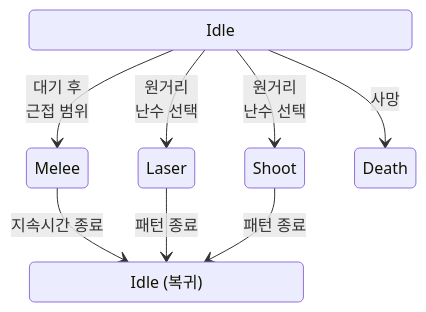
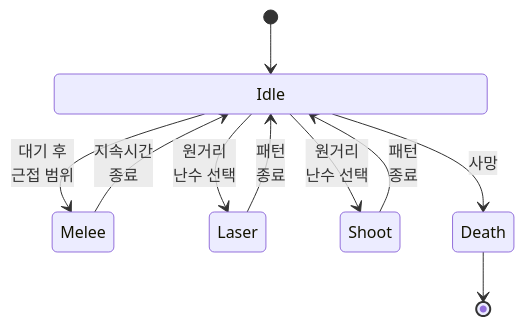
Before and after one commit to keeeery/portfolio: the seventh of 10 diagrams in src/3-Arcanist/TechDoc_Arcanist.md, drawn with Mermaid. The commit also changed other lines of this file and 19 other files, not shown here.

````diff
--- a/src/3-Arcanist/TechDoc_Arcanist.md
+++ b/src/3-Arcanist/TechDoc_Arcanist.md
@@ -645,14 +672,18 @@
 ```mermaid
-%%{init: {"state": {"rankSpacing": 48, "nodeSpacing": 56}}}%%
+%% 격자: root_start root_start root_start root_start root_start root_start | Idle Idle Idle Idle Idle Idle | Melee - Laser - Shoot Death | - - - - - root_end
+%% 격자 열 간격: 40
+%% 격자 줄 간격: 40 100 40
+%% 좌우 맞춤: 칸
 stateDiagram-v2
     direction TB
-    state "<div style=width:367px>Idle</div>" as Idle
-    state "<div style=width:258px>Idle (복귀)</div>" as IdleReturn
+    state "<div style=width:417px>Idle</div>" as Idle
+    [*] --> Idle
     Idle --> Melee: 대기 후<br>근접 범위
+    Melee --> Idle: 지속시간<br>종료
     Idle --> Laser: 원거리<br>난수 선택
+    Laser --> Idle: 패턴<br>종료
     Idle --> Shoot: 원거리<br>난수 선택
+    Shoot --> Idle: 패턴<br>종료
     Idle --> Death: 사망
-    Melee --> IdleReturn: 지속시간 종료
-    Laser --> IdleReturn: 패턴 종료
-    Shoot --> IdleReturn: 패턴 종료
+    Death --> [*]
 ```
````
